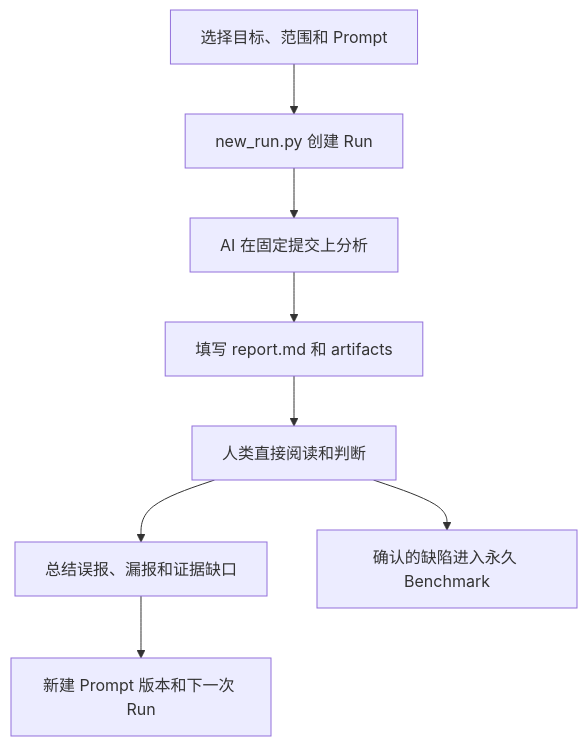
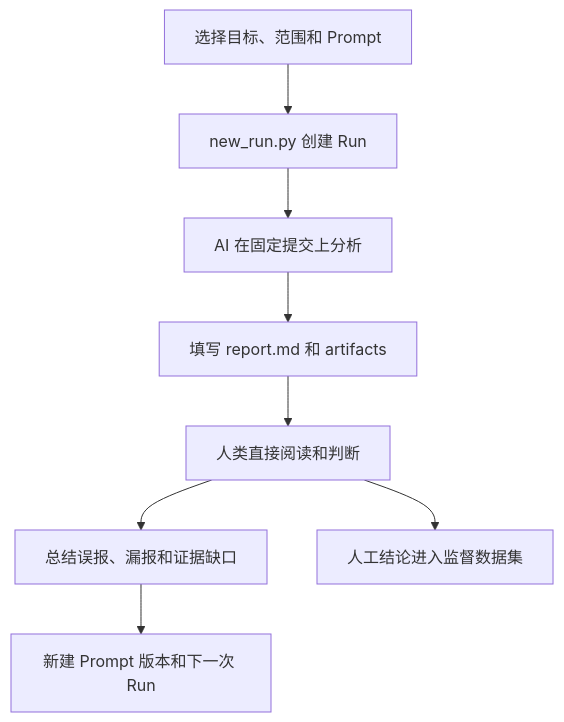
Before and after one commit to Schleifner/wasm-defect-analysis: the diagram in docs/CN-workflow.md, drawn with Mermaid. The commit also changed other lines of this file and 18 other files, not shown here.

````diff
--- a/docs/CN-workflow.md
+++ b/docs/CN-workflow.md
@@ -7,10 +7,10 @@
 ```mermaid
 flowchart TD
     A[选择目标、范围和 Prompt] --> B[new_run.py 创建 Run]
     B --> C[AI 在固定提交上分析]
     C --> D[填写 report.md 和 artifacts]
     D --> E[人类直接阅读和判断]
     E --> F[总结误报、漏报和证据缺口]
     F --> G[新建 Prompt 版本和下一次 Run]
-    E --> H[确认的缺陷进入永久 Benchmark]
+    E --> H[人工结论进入监督数据集]
 ```
````
